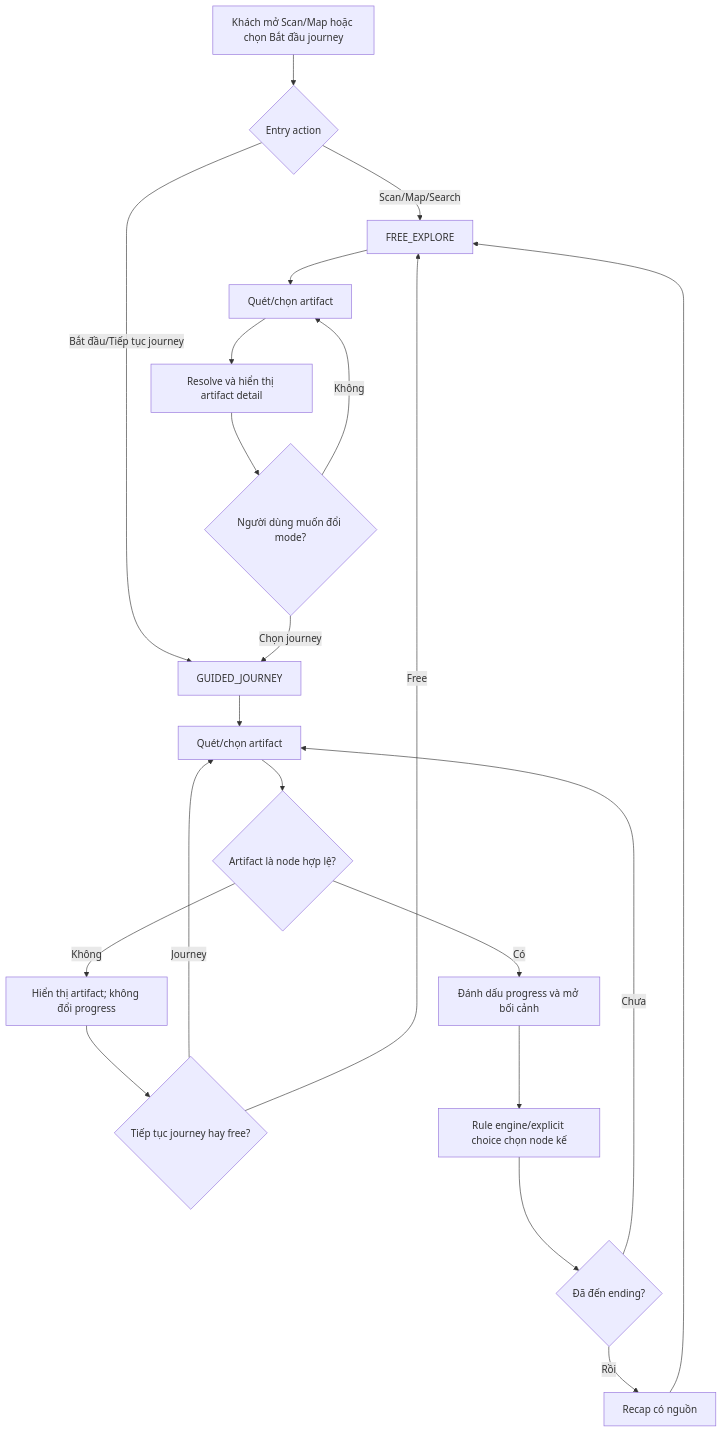
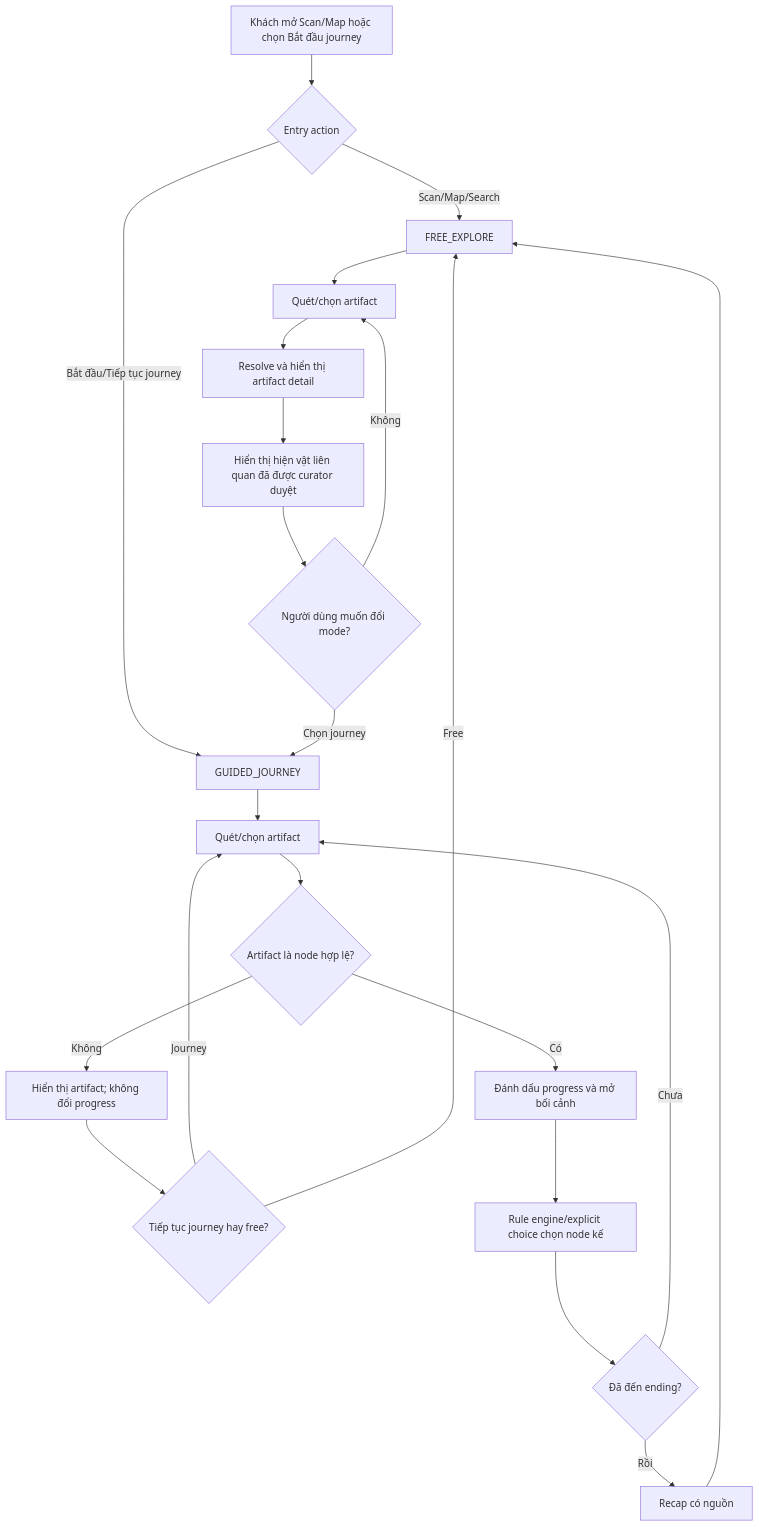
Before and after one commit to HuynhLoc2004/KhoaLuanTotNghiep: the first of 5 diagrams in docs/03-features/11-living-timeline.md, drawn with Mermaid. The commit also changed other lines of this file and 16 other files, not shown here.

````diff
--- a/docs/03-features/11-living-timeline.md
+++ b/docs/03-features/11-living-timeline.md
@@ -185,23 +189,24 @@
 ```mermaid
 flowchart TD
   A[Khách mở Scan/Map hoặc chọn Bắt đầu journey] --> B{Entry action}
   B -->|Scan/Map/Search| C[FREE_EXPLORE]
   B -->|Bắt đầu/Tiếp tục journey| D[GUIDED_JOURNEY]
   C --> E[Quét/chọn artifact]
   E --> F[Resolve và hiển thị artifact detail]
-  F --> G{Người dùng muốn đổi mode?}
+  F --> P[Hiển thị hiện vật liên quan đã được curator duyệt]
+  P --> G{Người dùng muốn đổi mode?}
   G -->|Không| E
   G -->|Chọn journey| D
   D --> H[Quét/chọn artifact]
   H --> I{Artifact là node hợp lệ?}
   I -->|Không| J[Hiển thị artifact; không đổi progress]
   J --> K{Tiếp tục journey hay free?}
   K -->|Journey| H
   K -->|Free| C
   I -->|Có| L[Đánh dấu progress và mở bối cảnh]
   L --> M[Rule engine/explicit choice chọn node kế]
   M --> N{Đã đến ending?}
   N -->|Chưa| H
   N -->|Rồi| O[Recap có nguồn]
   O --> C
 ```
````
